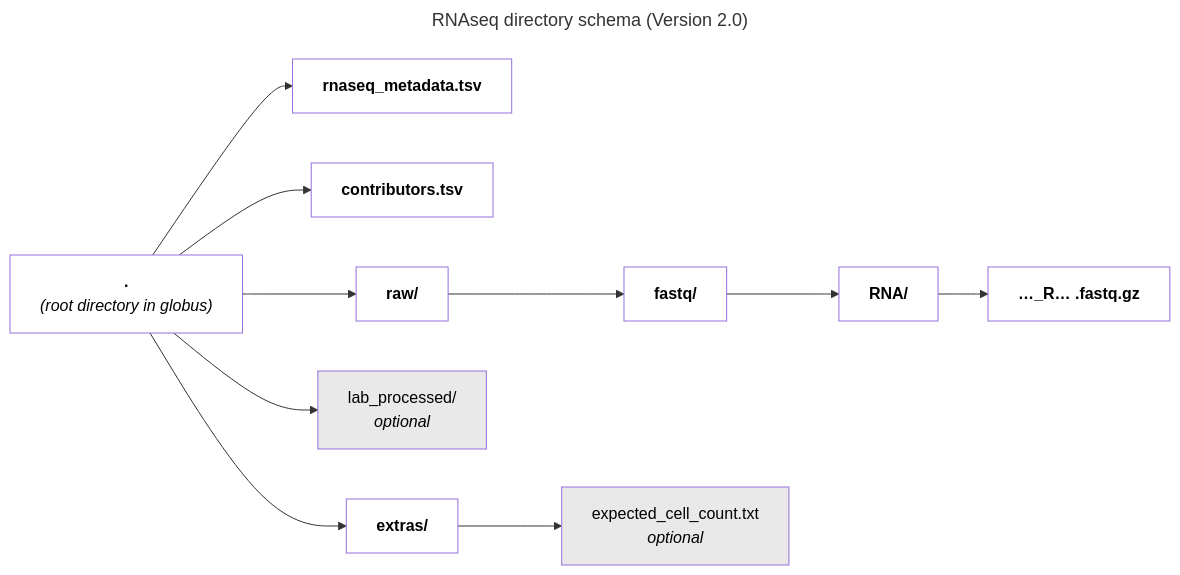
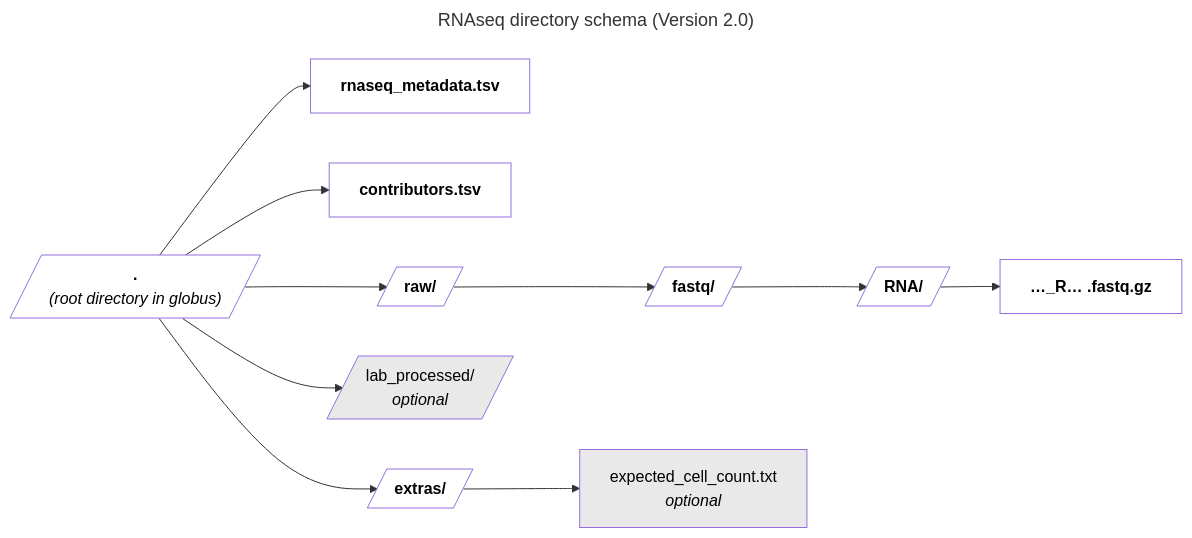
Before and after one commit to dojobo/ingest-validation-tools: the diagram in docs/rnaseq/current/index.md, drawn with Mermaid.

Commit message:
use parallelograms in rnaseq

````diff
--- a/docs/rnaseq/current/index.md
+++ b/docs/rnaseq/current/index.md
@@ -45,16 +45,16 @@
 ```mermaid
 ---
 title: RNAseq directory schema (Version 2.0)
 ---
 flowchart LR
-    root["`**.**
-    *(root directory in globus)*`"] --> am["`**rnaseq_metadata.tsv**`"] & c["`**contributors.tsv**`"] & ex["`**extras/**`"] & lp["`lab_processed/
-    *optional*`"]:::opt & raw["`**raw/**`"]
-    raw --> fastq["`**fastq/**`"]
-    fastq --> RNA["`**RNA/**`"]
+    root[/"`**.**
+    *(root directory in globus)*`"/] --> am["`**rnaseq_metadata.tsv**`"] & c["`**contributors.tsv**`"] & ex[/"`**extras/**`"/] & lp[/"`lab_processed/
+    *optional*`"/]:::opt & raw[/"`**raw/**`"/]
+    raw --> fastq[/"`**fastq/**`"/]
+    fastq --> RNA[/"`**RNA/**`"/]
     RNA --> gz["`**…_R… .fastq.gz**`"]
     ex --> expected["`expected_cell_count.txt
     *optional*`"]:::opt
     classDef default fill:#FFFFFF,color:#000;
     classDef opt fill:#E9E9E9,color:#000;
 ```
````
